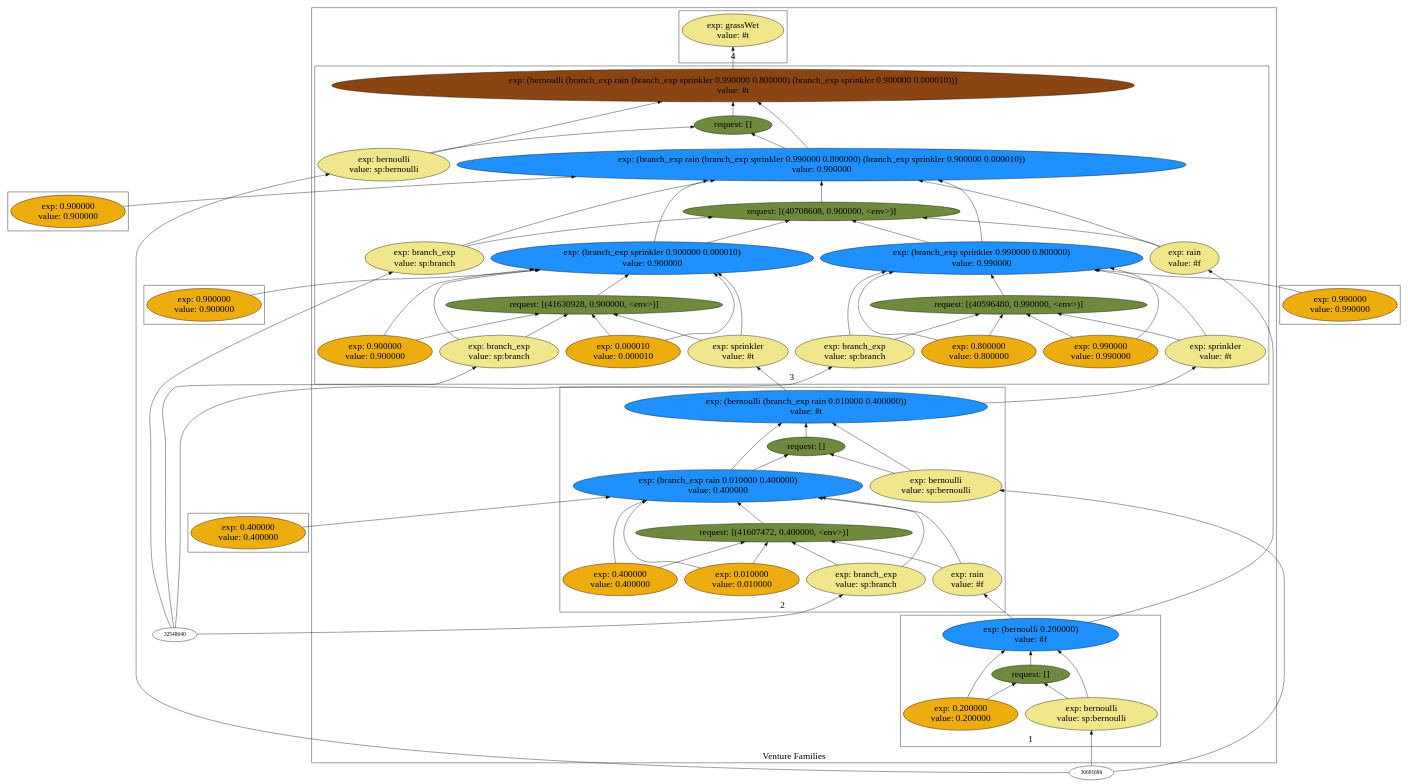
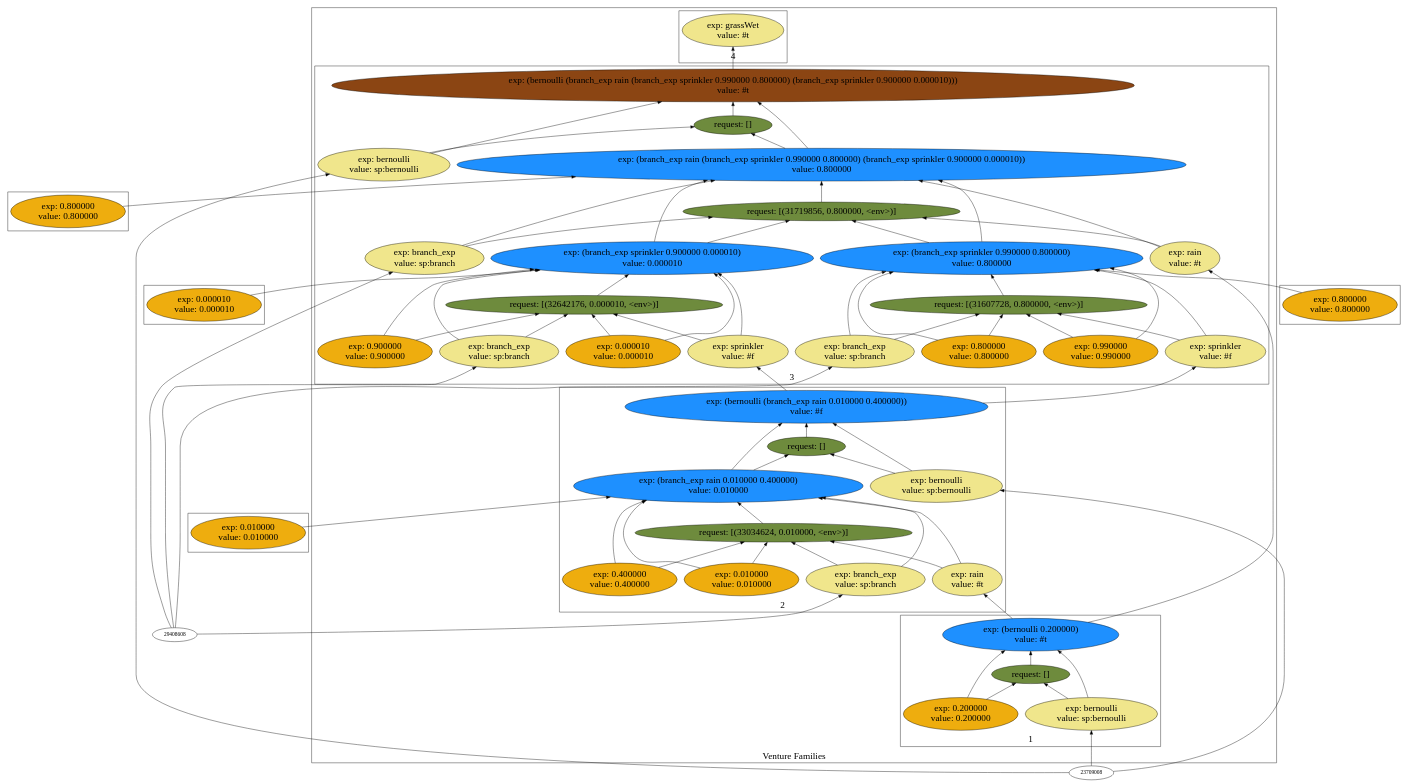
The diagram in backend/cxx/graphs/sprinkler/dot0.dot (probcomp/Venturecxx), drawn with Graphviz before and after one commit. The commit also changed 7 other files, not shown here.

```diff
--- a/backend/cxx/graphs/sprinkler/dot0.dot
+++ b/backend/cxx/graphs/sprinkler/dot0.dot
@@ -5,141 +5,141 @@
 label="Venture Families"
 subgraph cluster2 {
 label="1"
-"40713584"["fillcolor"="dodgerblue" "fontsize"="24" "label"="exp: (bernoulli 0.200000)\nvalue: #f" "shape"="ellipse" "style"="filled" ]
-"42705792"["fillcolor"="darkolivegreen4" "fontsize"="24" "label"="request: []" "shape"="ellipse" "style"="filled" ]
-"41432720"["fillcolor"="khaki" "fontsize"="24" "label"="exp: bernoulli\nvalue: sp:bernoulli" "shape"="ellipse" "style"="filled" ]
-"41569728"["fillcolor"="darkgoldenrod2" "fontsize"="24" "label"="exp: 0.200000\nvalue: 0.200000" "shape"="ellipse" "style"="filled" ]
+"31724832"["fillcolor"="dodgerblue" "fontsize"="24" "label"="exp: (bernoulli 0.200000)\nvalue: #t" "shape"="ellipse" "style"="filled" ]
+"33717328"["fillcolor"="darkolivegreen4" "fontsize"="24" "label"="request: []" "shape"="ellipse" "style"="filled" ]
+"32580976"["fillcolor"="khaki" "fontsize"="24" "label"="exp: bernoulli\nvalue: sp:bernoulli" "shape"="ellipse" "style"="filled" ]
+"32618720"["fillcolor"="darkgoldenrod2" "fontsize"="24" "label"="exp: 0.200000\nvalue: 0.200000" "shape"="ellipse" "style"="filled" ]
 }
 
 subgraph cluster3 {
 label="2"
-"42282848"["fillcolor"="dodgerblue" "fontsize"="24" "label"="exp: (bernoulli (branch_exp rain 0.010000 0.400000))\nvalue: #t" "shape"="ellipse" "style"="filled" ]
-"41924112"["fillcolor"="darkolivegreen4" "fontsize"="24" "label"="request: []" "shape"="ellipse" "style"="filled" ]
-"42344368"["fillcolor"="khaki" "fontsize"="24" "label"="exp: bernoulli\nvalue: sp:bernoulli" "shape"="ellipse" "style"="filled" ]
-"40595280"["fillcolor"="dodgerblue" "fontsize"="24" "label"="exp: (branch_exp rain 0.010000 0.400000)\nvalue: 0.400000" "shape"="ellipse" "style"="filled" ]
-"41607472"["fillcolor"="darkolivegreen4" "fontsize"="24" "label"="request: [(41607472, 0.400000, <env>)]" "shape"="ellipse" "style"="filled" ]
-"40889568"["fillcolor"="khaki" "fontsize"="24" "label"="exp: branch_exp\nvalue: sp:branch" "shape"="ellipse" "style"="filled" ]
-"41057568"["fillcolor"="khaki" "fontsize"="24" "label"="exp: rain\nvalue: #f" "shape"="ellipse" "style"="filled" ]
-"41021744"["fillcolor"="darkgoldenrod2" "fontsize"="24" "label"="exp: 0.010000\nvalue: 0.010000" "shape"="ellipse" "style"="filled" ]
-"40790752"["fillcolor"="darkgoldenrod2" "fontsize"="24" "label"="exp: 0.400000\nvalue: 0.400000" "shape"="ellipse" "style"="filled" ]
+"33294384"["fillcolor"="dodgerblue" "fontsize"="24" "label"="exp: (bernoulli (branch_exp rain 0.010000 0.400000))\nvalue: #f" "shape"="ellipse" "style"="filled" ]
+"33069568"["fillcolor"="darkolivegreen4" "fontsize"="24" "label"="request: []" "shape"="ellipse" "style"="filled" ]
+"33355904"["fillcolor"="khaki" "fontsize"="24" "label"="exp: bernoulli\nvalue: sp:bernoulli" "shape"="ellipse" "style"="filled" ]
+"31606528"["fillcolor"="dodgerblue" "fontsize"="24" "label"="exp: (branch_exp rain 0.010000 0.400000)\nvalue: 0.010000" "shape"="ellipse" "style"="filled" ]
+"33034624"["fillcolor"="darkolivegreen4" "fontsize"="24" "label"="request: [(33034624, 0.010000, <env>)]" "shape"="ellipse" "style"="filled" ]
+"31900816"["fillcolor"="khaki" "fontsize"="24" "label"="exp: branch_exp\nvalue: sp:branch" "shape"="ellipse" "style"="filled" ]
+"32068816"["fillcolor"="khaki" "fontsize"="24" "label"="exp: rain\nvalue: #t" "shape"="ellipse" "style"="filled" ]
+"32032992"["fillcolor"="darkgoldenrod2" "fontsize"="24" "label"="exp: 0.010000\nvalue: 0.010000" "shape"="ellipse" "style"="filled" ]
+"31801984"["fillcolor"="darkgoldenrod2" "fontsize"="24" "label"="exp: 0.400000\nvalue: 0.400000" "shape"="ellipse" "style"="filled" ]
 }
 
 subgraph cluster4 {
 label="3"
-"40624480"["fillcolor"="saddlebrown" "fontsize"="24" "label"="exp: (bernoulli (branch_exp rain (branch_exp sprinkler 0.990000 0.800000) (branch_exp sprinkler 0.900000 0.000010)))\nvalue: #t" "shape"="ellipse" "style"="filled" ]
-"34316752"["fillcolor"="darkolivegreen4" "fontsize"="24" "label"="request: []" "shape"="ellipse" "style"="filled" ]
-"40825264"["fillcolor"="khaki" "fontsize"="24" "label"="exp: bernoulli\nvalue: sp:bernoulli" "shape"="ellipse" "style"="filled" ]
-"43036928"["fillcolor"="dodgerblue" "fontsize"="24" "label"="exp: (branch_exp rain (branch_exp sprinkler 0.990000 0.800000) (branch_exp sprinkler 0.900000 0.000010))\nvalue: 0.900000" "shape"="ellipse" "style"="filled" ]
-"40708608"["fillcolor"="darkolivegreen4" "fontsize"="24" "label"="request: [(40708608, 0.900000, <env>)]" "shape"="ellipse" "style"="filled" ]
-"40872128"["fillcolor"="khaki" "fontsize"="24" "label"="exp: branch_exp\nvalue: sp:branch" "shape"="ellipse" "style"="filled" ]
-"41062672"["fillcolor"="khaki" "fontsize"="24" "label"="exp: rain\nvalue: #f" "shape"="ellipse" "style"="filled" ]
-"41382256"["fillcolor"="dodgerblue" "fontsize"="24" "label"="exp: (branch_exp sprinkler 0.990000 0.800000)\nvalue: 0.990000" "shape"="ellipse" "style"="filled" ]
-"40596480"["fillcolor"="darkolivegreen4" "fontsize"="24" "label"="request: [(40596480, 0.990000, <env>)]" "shape"="ellipse" "style"="filled" ]
-"41418432"["fillcolor"="khaki" "fontsize"="24" "label"="exp: branch_exp\nvalue: sp:branch" "shape"="ellipse" "style"="filled" ]
-"41469632"["fillcolor"="khaki" "fontsize"="24" "label"="exp: sprinkler\nvalue: #t" "shape"="ellipse" "style"="filled" ]
-"41505808"["fillcolor"="darkgoldenrod2" "fontsize"="24" "label"="exp: 0.990000\nvalue: 0.990000" "shape"="ellipse" "style"="filled" ]
-"41557008"["fillcolor"="darkgoldenrod2" "fontsize"="24" "label"="exp: 0.800000\nvalue: 0.800000" "shape"="ellipse" "style"="filled" ]
-"41668672"["fillcolor"="dodgerblue" "fontsize"="24" "label"="exp: (branch_exp sprinkler 0.900000 0.000010)\nvalue: 0.900000" "shape"="ellipse" "style"="filled" ]
-"41630928"["fillcolor"="darkolivegreen4" "fontsize"="24" "label"="request: [(41630928, 0.900000, <env>)]" "shape"="ellipse" "style"="filled" ]
-"41706416"["fillcolor"="khaki" "fontsize"="24" "label"="exp: branch_exp\nvalue: sp:branch" "shape"="ellipse" "style"="filled" ]
-"41744160"["fillcolor"="khaki" "fontsize"="24" "label"="exp: sprinkler\nvalue: #t" "shape"="ellipse" "style"="filled" ]
-"41781904"["fillcolor"="darkgoldenrod2" "fontsize"="24" "label"="exp: 0.900000\nvalue: 0.900000" "shape"="ellipse" "style"="filled" ]
-"41819648"["fillcolor"="darkgoldenrod2" "fontsize"="24" "label"="exp: 0.000010\nvalue: 0.000010" "shape"="ellipse" "style"="filled" ]
+"32070704"["fillcolor"="saddlebrown" "fontsize"="24" "label"="exp: (bernoulli (branch_exp rain (branch_exp sprinkler 0.990000 0.800000) (branch_exp sprinkler 0.900000 0.000010)))\nvalue: #t" "shape"="ellipse" "style"="filled" ]
+"34107232"["fillcolor"="darkolivegreen4" "fontsize"="24" "label"="request: []" "shape"="ellipse" "style"="filled" ]
+"31836512"["fillcolor"="khaki" "fontsize"="24" "label"="exp: bernoulli\nvalue: sp:bernoulli" "shape"="ellipse" "style"="filled" ]
+"34048464"["fillcolor"="dodgerblue" "fontsize"="24" "label"="exp: (branch_exp rain (branch_exp sprinkler 0.990000 0.800000) (branch_exp sprinkler 0.900000 0.000010))\nvalue: 0.800000" "shape"="ellipse" "style"="filled" ]
+"31719856"["fillcolor"="darkolivegreen4" "fontsize"="24" "label"="request: [(31719856, 0.800000, <env>)]" "shape"="ellipse" "style"="filled" ]
+"31883376"["fillcolor"="khaki" "fontsize"="24" "label"="exp: branch_exp\nvalue: sp:branch" "shape"="ellipse" "style"="filled" ]
+"32073920"["fillcolor"="khaki" "fontsize"="24" "label"="exp: rain\nvalue: #t" "shape"="ellipse" "style"="filled" ]
+"32393504"["fillcolor"="dodgerblue" "fontsize"="24" "label"="exp: (branch_exp sprinkler 0.990000 0.800000)\nvalue: 0.800000" "shape"="ellipse" "style"="filled" ]
+"31607728"["fillcolor"="darkolivegreen4" "fontsize"="24" "label"="request: [(31607728, 0.800000, <env>)]" "shape"="ellipse" "style"="filled" ]
+"32429680"["fillcolor"="khaki" "fontsize"="24" "label"="exp: branch_exp\nvalue: sp:branch" "shape"="ellipse" "style"="filled" ]
+"32480880"["fillcolor"="khaki" "fontsize"="24" "label"="exp: sprinkler\nvalue: #f" "shape"="ellipse" "style"="filled" ]
+"32517056"["fillcolor"="darkgoldenrod2" "fontsize"="24" "label"="exp: 0.990000\nvalue: 0.990000" "shape"="ellipse" "style"="filled" ]
+"32568256"["fillcolor"="darkgoldenrod2" "fontsize"="24" "label"="exp: 0.800000\nvalue: 0.800000" "shape"="ellipse" "style"="filled" ]
+"32679920"["fillcolor"="dodgerblue" "fontsize"="24" "label"="exp: (branch_exp sprinkler 0.900000 0.000010)\nvalue: 0.000010" "shape"="ellipse" "style"="filled" ]
+"32642176"["fillcolor"="darkolivegreen4" "fontsize"="24" "label"="request: [(32642176, 0.000010, <env>)]" "shape"="ellipse" "style"="filled" ]
+"32717664"["fillcolor"="khaki" "fontsize"="24" "label"="exp: branch_exp\nvalue: sp:branch" "shape"="ellipse" "style"="filled" ]
+"32755408"["fillcolor"="khaki" "fontsize"="24" "label"="exp: sprinkler\nvalue: #f" "shape"="ellipse" "style"="filled" ]
+"32793152"["fillcolor"="darkgoldenrod2" "fontsize"="24" "label"="exp: 0.900000\nvalue: 0.900000" "shape"="ellipse" "style"="filled" ]
+"32830896"["fillcolor"="darkgoldenrod2" "fontsize"="24" "label"="exp: 0.000010\nvalue: 0.000010" "shape"="ellipse" "style"="filled" ]
 }
 
 subgraph cluster5 {
 label="4"
-"43059072"["fillcolor"="khaki" "fontsize"="24" "label"="exp: grassWet\nvalue: #t" "shape"="ellipse" "style"="filled" ]
+"31907680"["fillcolor"="khaki" "fontsize"="24" "label"="exp: grassWet\nvalue: #t" "shape"="ellipse" "style"="filled" ]
 }
 
 }
 
 subgraph cluster6 {
 label=""
-"41593184"["fillcolor"="darkgoldenrod2" "fontsize"="24" "label"="exp: 0.990000\nvalue: 0.990000" "shape"="ellipse" "style"="filled" ]
+"31635728"["fillcolor"="darkgoldenrod2" "fontsize"="24" "label"="exp: 0.010000\nvalue: 0.010000" "shape"="ellipse" "style"="filled" ]
 }
 
 subgraph cluster7 {
 label=""
-"41857392"["fillcolor"="darkgoldenrod2" "fontsize"="24" "label"="exp: 0.900000\nvalue: 0.900000" "shape"="ellipse" "style"="filled" ]
+"32604432"["fillcolor"="darkgoldenrod2" "fontsize"="24" "label"="exp: 0.800000\nvalue: 0.800000" "shape"="ellipse" "style"="filled" ]
 }
 
 subgraph cluster8 {
 label=""
-"41895136"["fillcolor"="darkgoldenrod2" "fontsize"="24" "label"="exp: 0.900000\nvalue: 0.900000" "shape"="ellipse" "style"="filled" ]
+"32868640"["fillcolor"="darkgoldenrod2" "fontsize"="24" "label"="exp: 0.000010\nvalue: 0.000010" "shape"="ellipse" "style"="filled" ]
 }
 
 subgraph cluster9 {
 label=""
-"42866832"["fillcolor"="darkgoldenrod2" "fontsize"="24" "label"="exp: 0.400000\nvalue: 0.400000" "shape"="ellipse" "style"="filled" ]
+"32906384"["fillcolor"="darkgoldenrod2" "fontsize"="24" "label"="exp: 0.800000\nvalue: 0.800000" "shape"="ellipse" "style"="filled" ]
 }
 
-"40825264" -> "40624480"["arrowhead"="normal" "color"="black" "style"="solid" ]
-"40825264" -> "34316752"["arrowhead"="normal" "color"="black" "style"="solid" ]
-"36691696" -> "40825264"["arrowhead"="normal" "color"="black" "style"="solid" ]
-"43036928" -> "40624480"["arrowhead"="normal" "color"="black" "style"="solid" ]
-"43036928" -> "34316752"["arrowhead"="normal" "color"="black" "style"="solid" ]
-"40872128" -> "43036928"["arrowhead"="normal" "color"="black" "style"="solid" ]
-"40872128" -> "40708608"["arrowhead"="normal" "color"="black" "style"="solid" ]
-"32548640" -> "40872128"["arrowhead"="normal" "color"="black" "style"="solid" ]
-"41062672" -> "43036928"["arrowhead"="normal" "color"="black" "style"="solid" ]
-"41062672" -> "40708608"["arrowhead"="normal" "color"="black" "style"="solid" ]
-"40713584" -> "41062672"["arrowhead"="normal" "color"="black" "style"="solid" ]
-"41382256" -> "43036928"["arrowhead"="normal" "color"="black" "style"="solid" ]
-"41382256" -> "40708608"["arrowhead"="normal" "color"="black" "style"="solid" ]
-"41418432" -> "41382256"["arrowhead"="normal" "color"="black" "style"="solid" ]
-"41418432" -> "40596480"["arrowhead"="normal" "color"="black" "style"="solid" ]
-"32548640" -> "41418432"["arrowhead"="normal" "color"="black" "style"="solid" ]
-"41469632" -> "41382256"["arrowhead"="normal" "color"="black" "style"="solid" ]
-"41469632" -> "40596480"["arrowhead"="normal" "color"="black" "style"="solid" ]
-"42282848" -> "41469632"["arrowhead"="normal" "color"="black" "style"="solid" ]
-"41505808" -> "41382256"["arrowhead"="normal" "color"="black" "style"="solid" ]
-"41505808" -> "40596480"["arrowhead"="normal" "color"="black" "style"="solid" ]
-"41557008" -> "41382256"["arrowhead"="normal" "color"="black" "style"="solid" ]
-"41557008" -> "40596480"["arrowhead"="normal" "color"="black" "style"="solid" ]
-"40596480" -> "41382256"["arrowhead"="normal" "color"="black" "style"="solid" ]
-"41593184" -> "41382256"["arrowhead"="normal" "color"="black" "style"="solid" ]
-"41668672" -> "43036928"["arrowhead"="normal" "color"="black" "style"="solid" ]
-"41668672" -> "40708608"["arrowhead"="normal" "color"="black" "style"="solid" ]
-"41706416" -> "41668672"["arrowhead"="normal" "color"="black" "style"="solid" ]
-"41706416" -> "41630928"["arrowhead"="normal" "color"="black" "style"="solid" ]
-"32548640" -> "41706416"["arrowhead"="normal" "color"="black" "style"="solid" ]
-"41744160" -> "41668672"["arrowhead"="normal" "color"="black" "style"="solid" ]
-"41744160" -> "41630928"["arrowhead"="normal" "color"="black" "style"="solid" ]
-"42282848" -> "41744160"["arrowhead"="normal" "color"="black" "style"="solid" ]
-"41781904" -> "41668672"["arrowhead"="normal" "color"="black" "style"="solid" ]
-"41781904" -> "41630928"["arrowhead"="normal" "color"="black" "style"="solid" ]
-"41819648" -> "41668672"["arrowhead"="normal" "color"="black" "style"="solid" ]
-"41819648" -> "41630928"["arrowhead"="normal" "color"="black" "style"="solid" ]
-"41630928" -> "41668672"["arrowhead"="normal" "color"="black" "style"="solid" ]
-"41857392" -> "41668672"["arrowhead"="normal" "color"="black" "style"="solid" ]
-"40708608" -> "43036928"["arrowhead"="normal" "color"="black" "style"="solid" ]
-"41895136" -> "43036928"["arrowhead"="normal" "color"="black" "style"="solid" ]
-"34316752" -> "40624480"["arrowhead"="normal" "color"="black" "style"="solid" ]
-"41432720" -> "40713584"["arrowhead"="normal" "color"="black" "style"="solid" ]
-"41432720" -> "42705792"["arrowhead"="normal" "color"="black" "style"="solid" ]
-"36691696" -> "41432720"["arrowhead"="normal" "color"="black" "style"="solid" ]
-"41569728" -> "40713584"["arrowhead"="normal" "color"="black" "style"="solid" ]
-"41569728" -> "42705792"["arrowhead"="normal" "color"="black" "style"="solid" ]
-"42705792" -> "40713584"["arrowhead"="normal" "color"="black" "style"="solid" ]
-"42344368" -> "42282848"["arrowhead"="normal" "color"="black" "style"="solid" ]
-"42344368" -> "41924112"["arrowhead"="normal" "color"="black" "style"="solid" ]
-"36691696" -> "42344368"["arrowhead"="normal" "color"="black" "style"="solid" ]
-"40595280" -> "42282848"["arrowhead"="normal" "color"="black" "style"="solid" ]
-"40595280" -> "41924112"["arrowhead"="normal" "color"="black" "style"="solid" ]
-"40889568" -> "40595280"["arrowhead"="normal" "color"="black" "style"="solid" ]
-"40889568" -> "41607472"["arrowhead"="normal" "color"="black" "style"="solid" ]
-"32548640" -> "40889568"["arrowhead"="normal" "color"="black" "style"="solid" ]
-"41057568" -> "40595280"["arrowhead"="normal" "color"="black" "style"="solid" ]
-"41057568" -> "41607472"["arrowhead"="normal" "color"="black" "style"="solid" ]
-"40713584" -> "41057568"["arrowhead"="normal" "color"="black" "style"="solid" ]
-"41021744" -> "40595280"["arrowhead"="normal" "color"="black" "style"="solid" ]
-"41021744" -> "41607472"["arrowhead"="normal" "color"="black" "style"="solid" ]
-"40790752" -> "40595280"["arrowhead"="normal" "color"="black" "style"="solid" ]
-"40790752" -> "41607472"["arrowhead"="normal" "color"="black" "style"="solid" ]
-"41607472" -> "40595280"["arrowhead"="normal" "color"="black" "style"="solid" ]
-"42866832" -> "40595280"["arrowhead"="normal" "color"="black" "style"="solid" ]
-"41924112" -> "42282848"["arrowhead"="normal" "color"="black" "style"="solid" ]
-"40624480" -> "43059072"["arrowhead"="normal" "color"="black" "style"="solid" ]
+"32580976" -> "31724832"["arrowhead"="normal" "color"="black" "style"="solid" ]
+"32580976" -> "33717328"["arrowhead"="normal" "color"="black" "style"="solid" ]
+"23709008" -> "32580976"["arrowhead"="normal" "color"="black" "style"="solid" ]
+"32618720" -> "31724832"["arrowhead"="normal" "color"="black" "style"="solid" ]
+"32618720" -> "33717328"["arrowhead"="normal" "color"="black" "style"="solid" ]
+"33717328" -> "31724832"["arrowhead"="normal" "color"="black" "style"="solid" ]
+"32070704" -> "31907680"["arrowhead"="normal" "color"="black" "style"="solid" ]
+"31836512" -> "32070704"["arrowhead"="normal" "color"="black" "style"="solid" ]
+"31836512" -> "34107232"["arrowhead"="normal" "color"="black" "style"="solid" ]
+"23709008" -> "31836512"["arrowhead"="normal" "color"="black" "style"="solid" ]
+"34048464" -> "32070704"["arrowhead"="normal" "color"="black" "style"="solid" ]
+"34048464" -> "34107232"["arrowhead"="normal" "color"="black" "style"="solid" ]
+"31883376" -> "34048464"["arrowhead"="normal" "color"="black" "style"="solid" ]
+"31883376" -> "31719856"["arrowhead"="normal" "color"="black" "style"="solid" ]
+"29408608" -> "31883376"["arrowhead"="normal" "color"="black" "style"="solid" ]
+"32073920" -> "34048464"["arrowhead"="normal" "color"="black" "style"="solid" ]
+"32073920" -> "31719856"["arrowhead"="normal" "color"="black" "style"="solid" ]
+"31724832" -> "32073920"["arrowhead"="normal" "color"="black" "style"="solid" ]
+"32393504" -> "34048464"["arrowhead"="normal" "color"="black" "style"="solid" ]
+"32393504" -> "31719856"["arrowhead"="normal" "color"="black" "style"="solid" ]
+"32429680" -> "32393504"["arrowhead"="normal" "color"="black" "style"="solid" ]
+"32429680" -> "31607728"["arrowhead"="normal" "color"="black" "style"="solid" ]
+"29408608" -> "32429680"["arrowhead"="normal" "color"="black" "style"="solid" ]
+"32480880" -> "32393504"["arrowhead"="normal" "color"="black" "style"="solid" ]
+"32480880" -> "31607728"["arrowhead"="normal" "color"="black" "style"="solid" ]
+"33294384" -> "32480880"["arrowhead"="normal" "color"="black" "style"="solid" ]
+"32517056" -> "32393504"["arrowhead"="normal" "color"="black" "style"="solid" ]
+"32517056" -> "31607728"["arrowhead"="normal" "color"="black" "style"="solid" ]
+"32568256" -> "32393504"["arrowhead"="normal" "color"="black" "style"="solid" ]
+"32568256" -> "31607728"["arrowhead"="normal" "color"="black" "style"="solid" ]
+"31607728" -> "32393504"["arrowhead"="normal" "color"="black" "style"="solid" ]
+"32604432" -> "32393504"["arrowhead"="normal" "color"="black" "style"="solid" ]
+"32679920" -> "34048464"["arrowhead"="normal" "color"="black" "style"="solid" ]
+"32679920" -> "31719856"["arrowhead"="normal" "color"="black" "style"="solid" ]
+"32717664" -> "32679920"["arrowhead"="normal" "color"="black" "style"="solid" ]
+"32717664" -> "32642176"["arrowhead"="normal" "color"="black" "style"="solid" ]
+"29408608" -> "32717664"["arrowhead"="normal" "color"="black" "style"="solid" ]
+"32755408" -> "32679920"["arrowhead"="normal" "color"="black" "style"="solid" ]
+"32755408" -> "32642176"["arrowhead"="normal" "color"="black" "style"="solid" ]
+"33294384" -> "32755408"["arrowhead"="normal" "color"="black" "style"="solid" ]
+"32793152" -> "32679920"["arrowhead"="normal" "color"="black" "style"="solid" ]
+"32793152" -> "32642176"["arrowhead"="normal" "color"="black" "style"="solid" ]
+"32830896" -> "32679920"["arrowhead"="normal" "color"="black" "style"="solid" ]
+"32830896" -> "32642176"["arrowhead"="normal" "color"="black" "style"="solid" ]
+"32642176" -> "32679920"["arrowhead"="normal" "color"="black" "style"="solid" ]
+"32868640" -> "32679920"["arrowhead"="normal" "color"="black" "style"="solid" ]
+"31719856" -> "34048464"["arrowhead"="normal" "color"="black" "style"="solid" ]
+"32906384" -> "34048464"["arrowhead"="normal" "color"="black" "style"="solid" ]
+"34107232" -> "32070704"["arrowhead"="normal" "color"="black" "style"="solid" ]
+"33355904" -> "33294384"["arrowhead"="normal" "color"="black" "style"="solid" ]
+"33355904" -> "33069568"["arrowhead"="normal" "color"="black" "style"="solid" ]
+"23709008" -> "33355904"["arrowhead"="normal" "color"="black" "style"="solid" ]
+"31606528" -> "33294384"["arrowhead"="normal" "color"="black" "style"="solid" ]
+"31606528" -> "33069568"["arrowhead"="normal" "color"="black" "style"="solid" ]
+"31900816" -> "31606528"["arrowhead"="normal" "color"="black" "style"="solid" ]
+"31900816" -> "33034624"["arrowhead"="normal" "color"="black" "style"="solid" ]
+"29408608" -> "31900816"["arrowhead"="normal" "color"="black" "style"="solid" ]
+"32068816" -> "31606528"["arrowhead"="normal" "color"="black" "style"="solid" ]
+"32068816" -> "33034624"["arrowhead"="normal" "color"="black" "style"="solid" ]
+"31724832" -> "32068816"["arrowhead"="normal" "color"="black" "style"="solid" ]
+"32032992" -> "31606528"["arrowhead"="normal" "color"="black" "style"="solid" ]
+"32032992" -> "33034624"["arrowhead"="normal" "color"="black" "style"="solid" ]
+"31801984" -> "31606528"["arrowhead"="normal" "color"="black" "style"="solid" ]
+"31801984" -> "33034624"["arrowhead"="normal" "color"="black" "style"="solid" ]
+"33034624" -> "31606528"["arrowhead"="normal" "color"="black" "style"="solid" ]
+"31635728" -> "31606528"["arrowhead"="normal" "color"="black" "style"="solid" ]
+"33069568" -> "33294384"["arrowhead"="normal" "color"="black" "style"="solid" ]
 
 }
```
